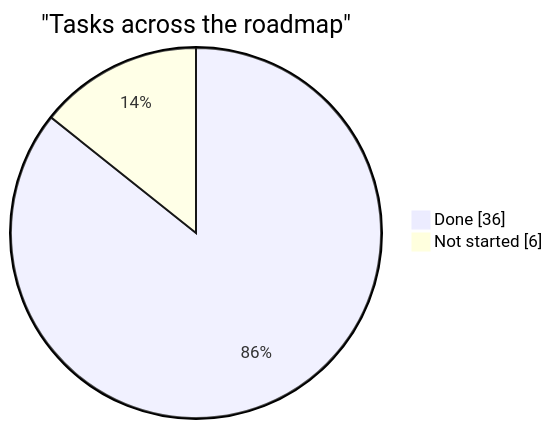
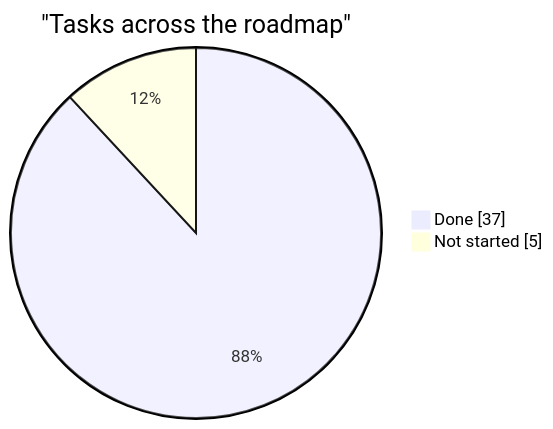
Before and after one commit to AdamClemens/PyFlow: the diagram in docs/planning/status.md, drawn with Mermaid. The commit also changed other lines of this file and 22 other files, not shown here.

````diff
--- a/docs/planning/status.md
+++ b/docs/planning/status.md
@@ -21,6 +21,6 @@
 ```mermaid
 pie showData
     title "Tasks across the roadmap"
-    "Done" : 36
-    "Not started" : 6
+    "Done" : 37
+    "Not started" : 5
 ```
````
